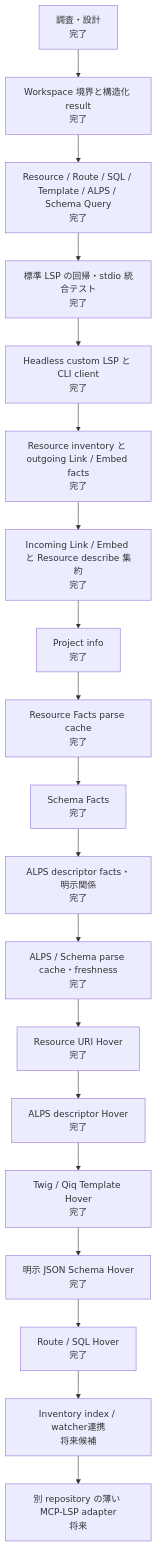
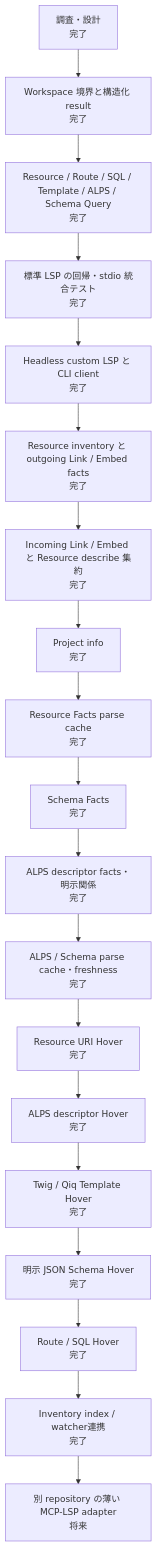
The second of 2 diagrams in docs/semantic-lsp-progress.ja.md (suzumaze/bear-phpactor-extension), drawn with Mermaid before and after one commit. The commit also changed other lines of this file and 11 other files, not shown here.

Commit message:
perf: index watched resource inventory

````diff
--- a/docs/semantic-lsp-progress.ja.md
+++ b/docs/semantic-lsp-progress.ja.md
@@ -31,24 +31,24 @@
 ```mermaid
 flowchart TD
     p0["調査・設計\n完了"]
     p1["Workspace 境界と構造化 result\n完了"]
     p2["Resource / Route / SQL / Template / ALPS / Schema Query\n完了"]
     p3["標準 LSP の回帰・stdio 統合テスト\n完了"]
     p4["Headless custom LSP と CLI client\n完了"]
     p5["Resource inventory と outgoing Link / Embed facts\n完了"]
     p6["Incoming Link / Embed と Resource describe 集約\n完了"]
     p7["Project info\n完了"]
     p75["Resource Facts parse cache\n完了"]
     p76["Schema Facts\n完了"]
     p77["ALPS descriptor facts・明示関係\n完了"]
     p78["ALPS / Schema parse cache・freshness\n完了"]
     p79["Resource URI Hover\n完了"]
     p80["ALPS descriptor Hover\n完了"]
     p81["Twig / Qiq Template Hover\n完了"]
     p82["明示 JSON Schema Hover\n完了"]
     p83["Route / SQL Hover\n完了"]
-    p84["Inventory index / watcher連携\n将来候補"]
+    p84["Inventory index / watcher連携\n完了"]
     p8["別 repository の薄い MCP-LSP adapter\n将来"]
 
     p0 --> p1 --> p2 --> p3 --> p4 --> p5 --> p6 --> p7 --> p75 --> p76 --> p77 --> p78 --> p79 --> p80 --> p81 --> p82 --> p83 --> p84 --> p8
 ```
````
